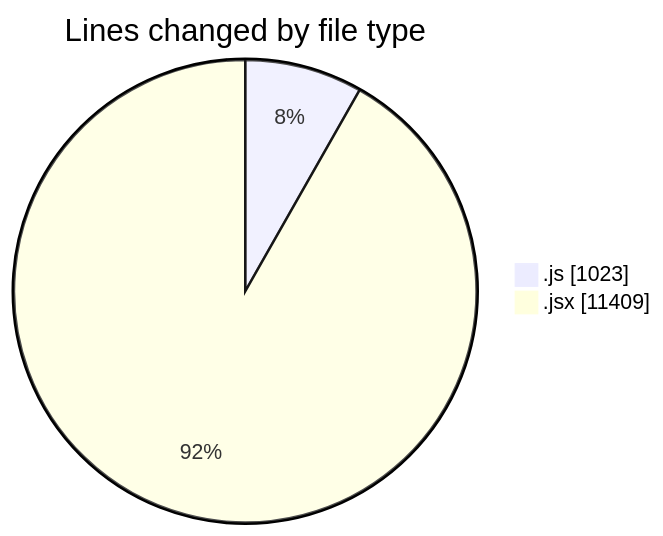
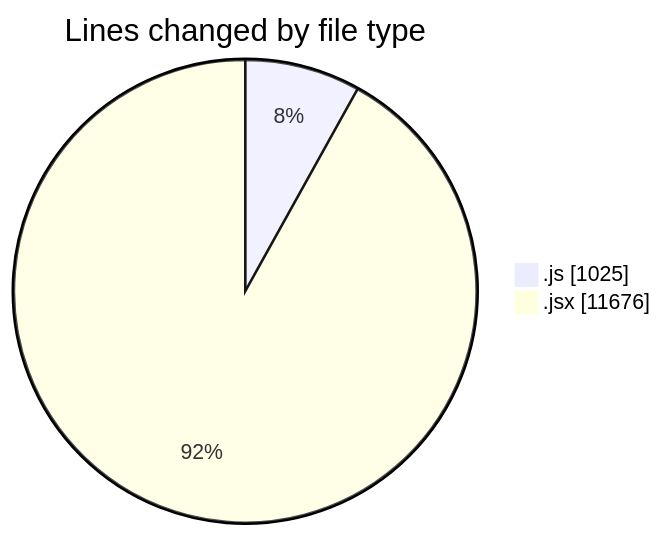
The first of 2 diagrams in 2025-07-28/nxtqube_webapp/README.md (nxtqubesakshisongat/code-tracking), drawn with Mermaid before and after one commit. The commit also changed other lines of this file and 1 other file, not shown here.

````diff
--- a/2025-07-28/nxtqube_webapp/README.md
+++ b/2025-07-28/nxtqube_webapp/README.md
@@ -49,6 +49,6 @@
 ```mermaid
 pie showData
 title Lines changed by file type
-".js" : 1023
-".jsx" : 11409
+".js" : 1025
+".jsx" : 11676
 ```
````
